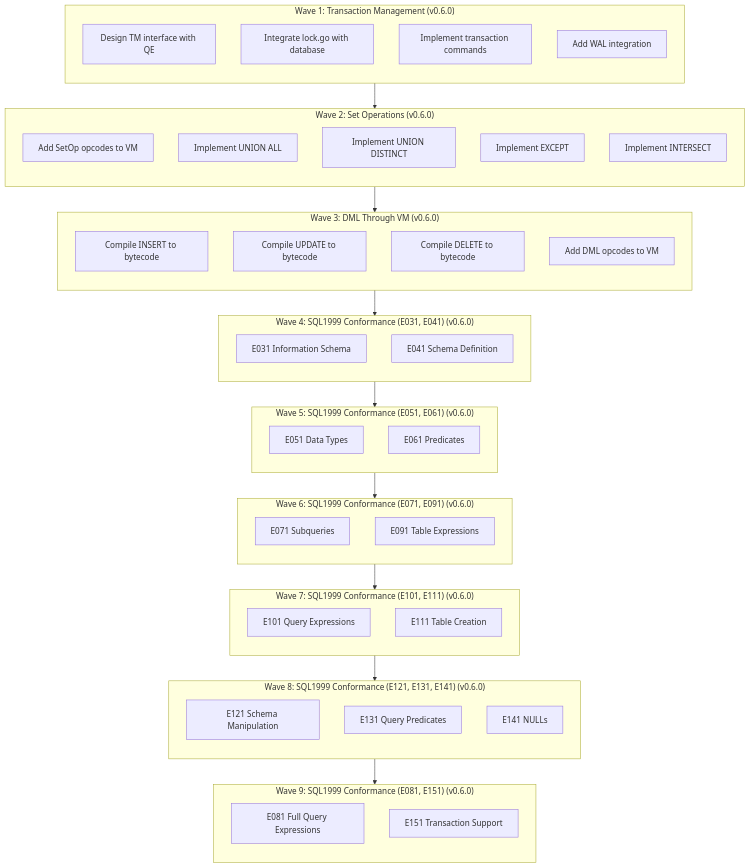
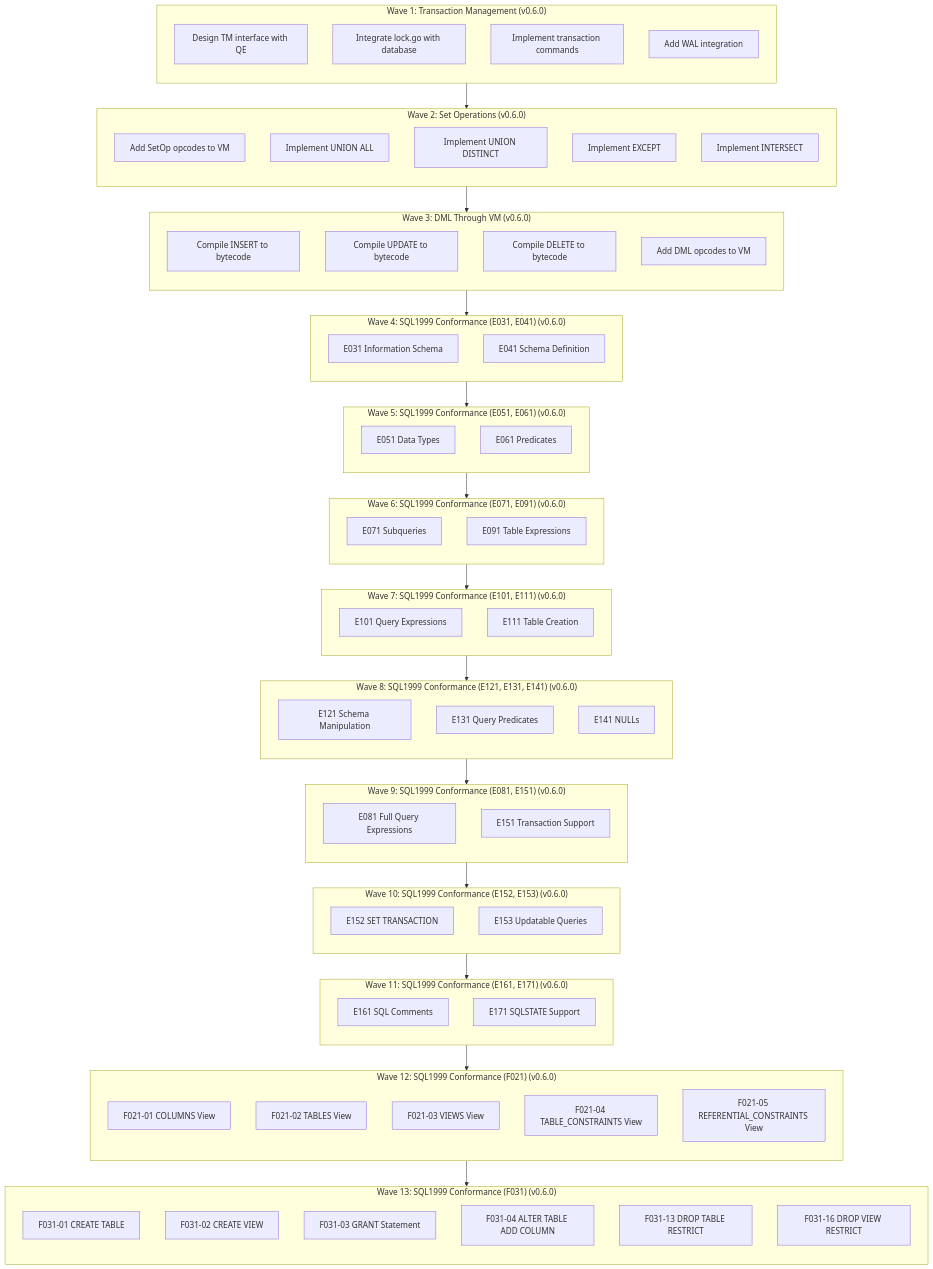
One commit to cyw0ng95/sqlvibe changed the diagram in docs/plan-v0.6.0.md. Above: the diagram before and after it, drawn with Mermaid. The commit also changed other lines of this file, not shown here.

First line of the commit message:
docs: Add SQL1999 F021 and F031 test suites to v0.6.0 plan

````diff
--- a/docs/plan-v0.6.0.md
+++ b/docs/plan-v0.6.0.md
@@ -259,7 +271,38 @@
         I1[E081 Full Query Expressions]
         I2[E151 Transaction Support]
     end
-    
+
+    subgraph W10 ["Wave 10: SQL1999 Conformance (E152, E153) (v0.6.0)"]
+        direction TB
+        J1[E152 SET TRANSACTION]
+        J2[E153 Updatable Queries]
+    end
+
+    subgraph W11 ["Wave 11: SQL1999 Conformance (E161, E171) (v0.6.0)"]
+        direction TB
+        K1[E161 SQL Comments]
+        K2[E171 SQLSTATE Support]
+    end
+
+    subgraph W12 ["Wave 12: SQL1999 Conformance (F021) (v0.6.0)"]
+        direction TB
+        L1[F021-01 COLUMNS View]
+        L2[F021-02 TABLES View]
+        L3[F021-03 VIEWS View]
+        L4[F021-04 TABLE_CONSTRAINTS View]
+        L5[F021-05 REFERENTIAL_CONSTRAINTS View]
+    end
+
+    subgraph W13 ["Wave 13: SQL1999 Conformance (F031) (v0.6.0)"]
+        direction TB
+        M1[F031-01 CREATE TABLE]
+        M2[F031-02 CREATE VIEW]
+        M3[F031-03 GRANT Statement]
+        M4[F031-04 ALTER TABLE ADD COLUMN]
+        M5[F031-13 DROP TABLE RESTRICT]
+        M6[F031-16 DROP VIEW RESTRICT]
+    end
+
     W1 --> W2
     W2 --> W3
     W3 --> W4
@@ -268,4 +311,8 @@
     W6 --> W7
     W7 --> W8
     W8 --> W9
+    W9 --> W10
+    W10 --> W11
+    W11 --> W12
+    W12 --> W13
 ```
````
